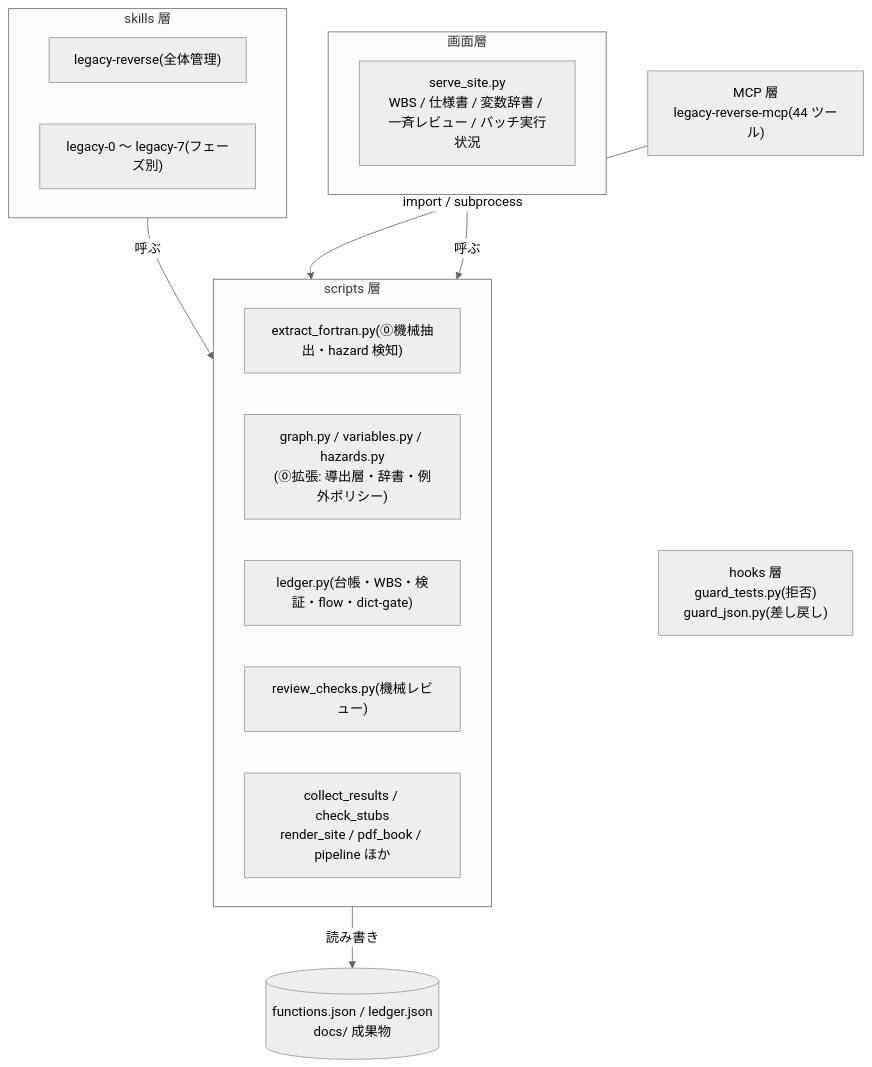
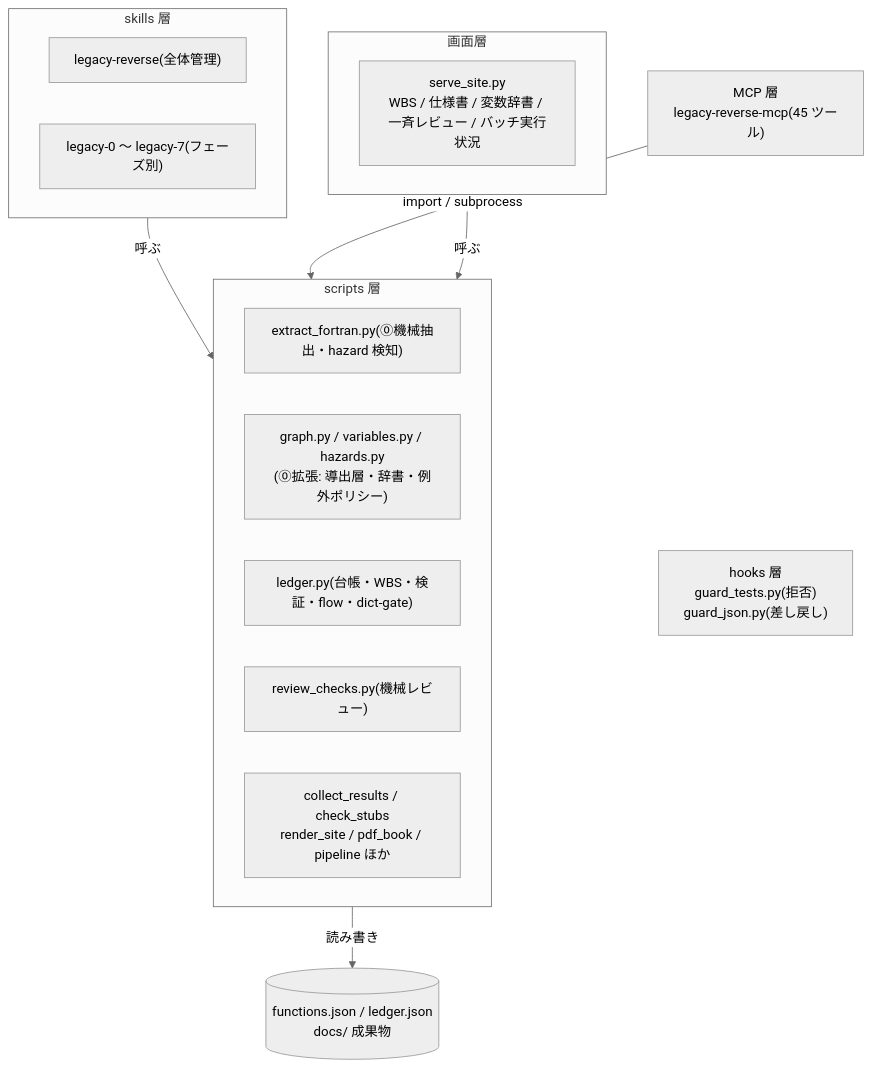
Before and after one commit to ctenopoma/skills: the second of 3 diagrams in docs/legacy-reverse/index.qmd, drawn with Mermaid (neutral theme). The commit also changed 15 other files, not shown here.

First line of the commit message:
legacy-reverse: ③の test_file を手編集からCLIに移す（未設定で止まるのを塞ぐ）

````diff
--- a/docs/legacy-reverse/index.qmd
+++ b/docs/legacy-reverse/index.qmd
@@ -115,27 +115,27 @@
 ```{mermaid}
 %%| label: fig-index-layers
 %%| fig-cap: "skills / scripts / MCP / hooks / 画面の呼び出し関係"
 
 flowchart TB
   subgraph L1["skills 層"]
     P["legacy-reverse(全体管理)"]
     S["legacy-0 〜 legacy-7(フェーズ別)"]
   end
   subgraph L2["scripts 層"]
     EX["extract_fortran.py(⓪機械抽出・hazard 検知)"]
     DR["graph.py / variables.py / hazards.py<br/>(⓪拡張: 導出層・辞書・例外ポリシー)"]
     LG["ledger.py(台帳・WBS・検証・flow・dict-gate)"]
     RV["review_checks.py(機械レビュー)"]
     OT["collect_results / check_stubs<br/>render_site / pdf_book / pipeline ほか"]
   end
   subgraph L5["画面層"]
     UI["serve_site.py<br/>WBS / 仕様書 / 変数辞書 / 一斉レビュー / バッチ実行状況"]
   end
-  L3["MCP 層<br/>legacy-reverse-mcp(44 ツール)"]
+  L3["MCP 層<br/>legacy-reverse-mcp(45 ツール)"]
   L4["hooks 層<br/>guard_tests.py(拒否)<br/>guard_json.py(差し戻し)"]
   L3 ~~~ L4
   L1 -->|呼ぶ| L2
   L3 -->|import / subprocess| L2
   L5 -->|呼ぶ| L2
   L2 -->|読み書き| D[("functions.json / ledger.json<br/>docs/ 成果物")]
 ```
````
